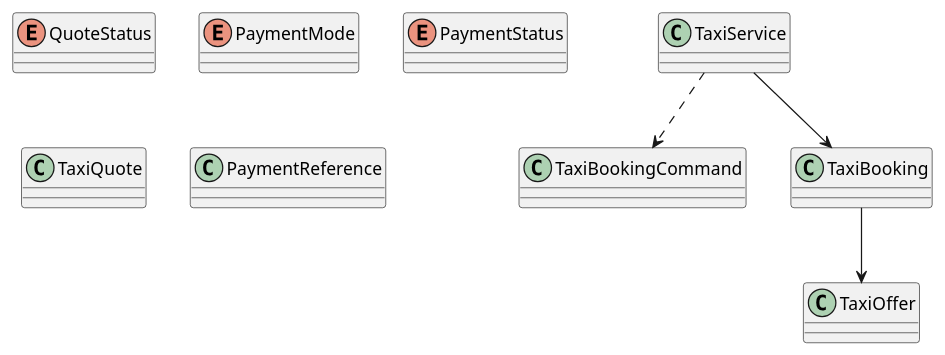
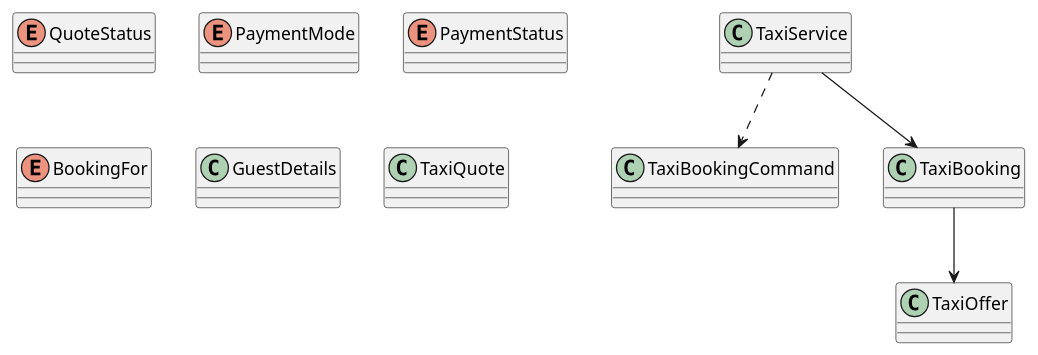
One commit to BKien/figma_spec changed the diagram in Travel Booking App Web & Mobile/uc/uc-13-book-a-taxi.md. Above: the diagram before and after it, drawn with PlantUML. The commit also changed other lines of this file and 96 other files, not shown here.

````diff
--- a/Travel Booking App Web & Mobile/uc/uc-13-book-a-taxi.md
+++ b/Travel Booking App Web & Mobile/uc/uc-13-book-a-taxi.md
@@ -61,16 +69,17 @@
 ```plantuml
 @startuml
 enum QuoteStatus
 enum PaymentMode
 enum PaymentStatus
+enum BookingFor
 class TaxiBookingCommand
+class GuestDetails
 class TaxiOffer
 class TaxiQuote
-class PaymentReference
 class TaxiBooking
 class TaxiService
 TaxiService ..> TaxiBookingCommand
 TaxiService --> TaxiBooking
 TaxiBooking --> TaxiOffer
 @enduml
 ```
````
